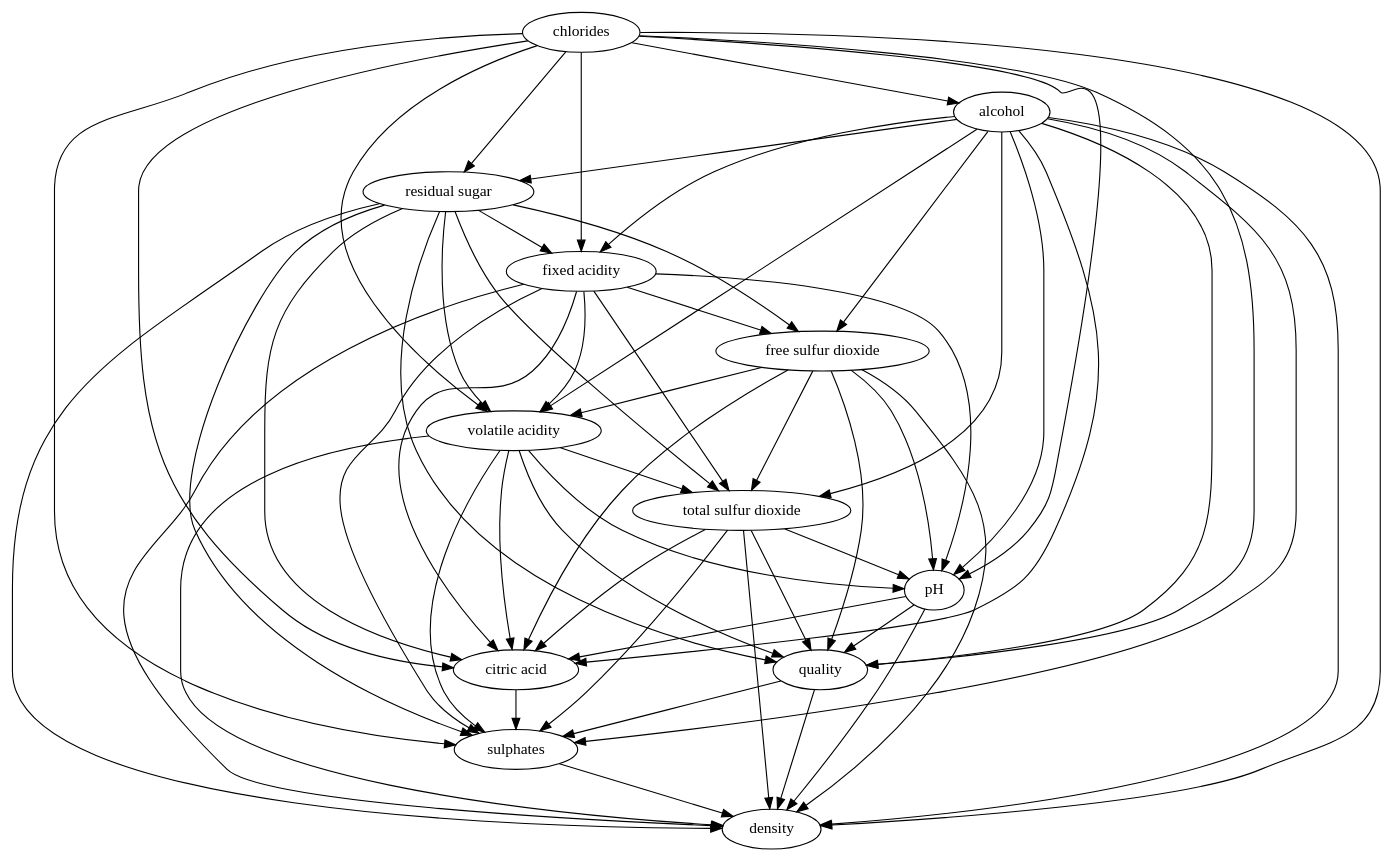
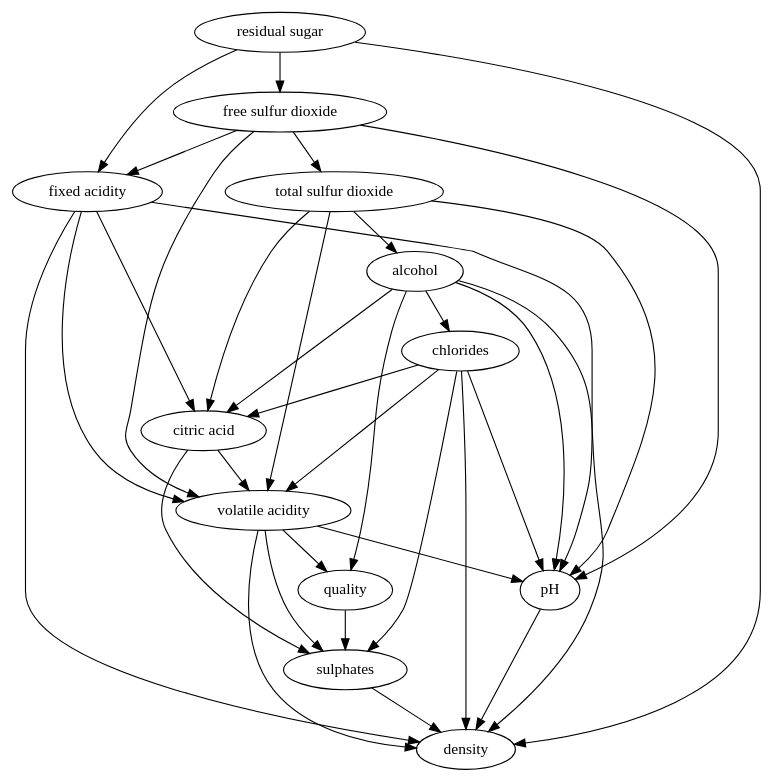
Before and after one commit to eichelb4rt/GM-LAB: the diagram in final_project/dot_encodings/top_58.dot, drawn with Graphviz. The commit also changed 100 other files, not shown here.

```diff
--- a/final_project/dot_encodings/top_58.dot
+++ b/final_project/dot_encodings/top_58.dot
@@ -1,72 +1,48 @@
 strict digraph {
 	0 [label="fixed acidity"]
 	1 [label="volatile acidity"]
 	2 [label="citric acid"]
 	3 [label="residual sugar"]
 	4 [label="chlorides"]
 	5 [label="free sulfur dioxide"]
 	6 [label="total sulfur dioxide"]
 	7 [label="density"]
 	8 [label="pH"]
 	9 [label="sulphates"]
 	10 [label="alcohol"]
 	11 [label="quality"]
 	0 -> 1
 	0 -> 2
-	0 -> 5
-	0 -> 6
 	0 -> 7
 	0 -> 8
-	0 -> 9
-	1 -> 2
-	1 -> 6
 	1 -> 7
 	1 -> 8
 	1 -> 9
 	1 -> 11
+	2 -> 1
 	2 -> 9
 	3 -> 0
-	3 -> 1
-	3 -> 2
 	3 -> 5
-	3 -> 6
 	3 -> 7
-	3 -> 9
-	3 -> 11
-	4 -> 0
 	4 -> 1
 	4 -> 2
-	4 -> 3
 	4 -> 7
 	4 -> 8
 	4 -> 9
-	4 -> 10
-	4 -> 11
+	5 -> 0
 	5 -> 1
-	5 -> 2
 	5 -> 6
-	5 -> 7
 	5 -> 8
-	5 -> 11
+	6 -> 1
 	6 -> 2
-	6 -> 7
 	6 -> 8
-	6 -> 9
-	6 -> 11
-	8 -> 2
+	6 -> 10
 	8 -> 7
-	8 -> 11
 	9 -> 7
-	10 -> 0
-	10 -> 1
 	10 -> 2
-	10 -> 3
-	10 -> 5
-	10 -> 6
+	10 -> 4
 	10 -> 7
 	10 -> 8
-	10 -> 9
 	10 -> 11
-	11 -> 7
 	11 -> 9
 }
```
